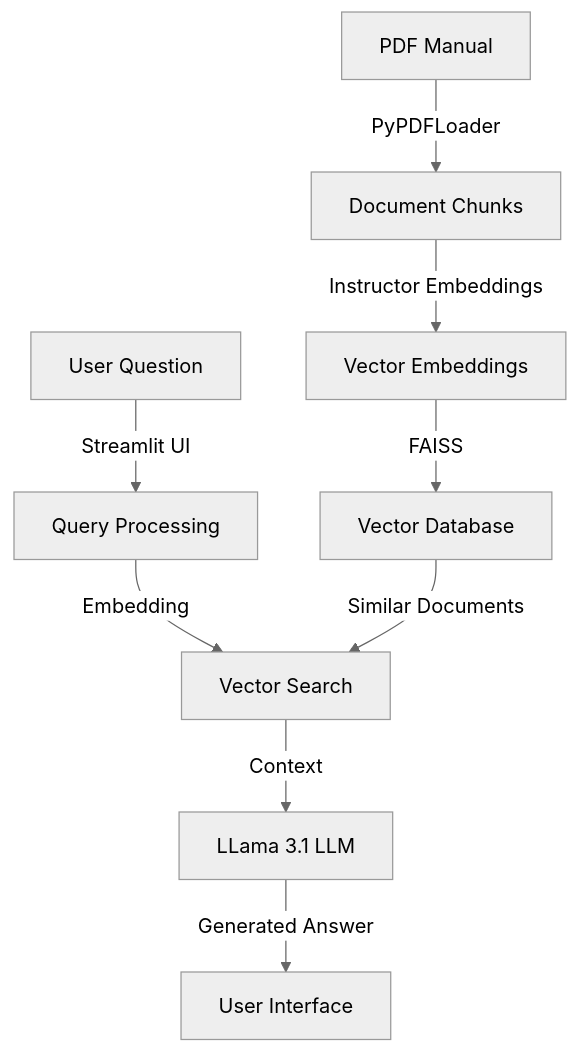
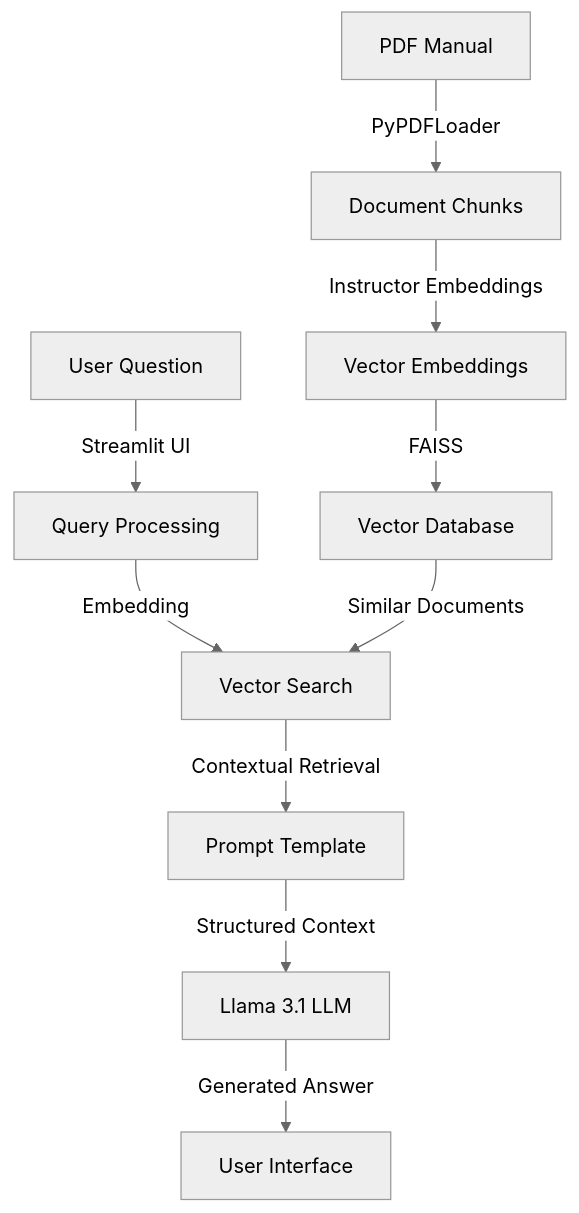
One commit to vicky545/smart-home-llm changed the diagram in technical-document.md. Above: the diagram before and after it, drawn with Mermaid (neutral theme).

````diff
--- a/technical-document.md
+++ b/technical-document.md
@@ -42,11 +42,12 @@
 ```mermaid
 graph TD
     A[PDF Manual] -->|PyPDFLoader| B[Document Chunks]
     B -->|Instructor Embeddings| C[Vector Embeddings]
     C -->|FAISS| D[Vector Database]
     E[User Question] -->|Streamlit UI| F[Query Processing]
     F -->|Embedding| G[Vector Search]
     D -->|Similar Documents| G
-    G -->|Context| H[LLama 3.1 LLM]
-    H -->|Generated Answer| I[User Interface]
+    G -->|Contextual Retrieval| H[Prompt Template]
+    H -->|Structured Context| I[Llama 3.1 LLM]
+    I -->|Generated Answer| J[User Interface]
 ```
````
